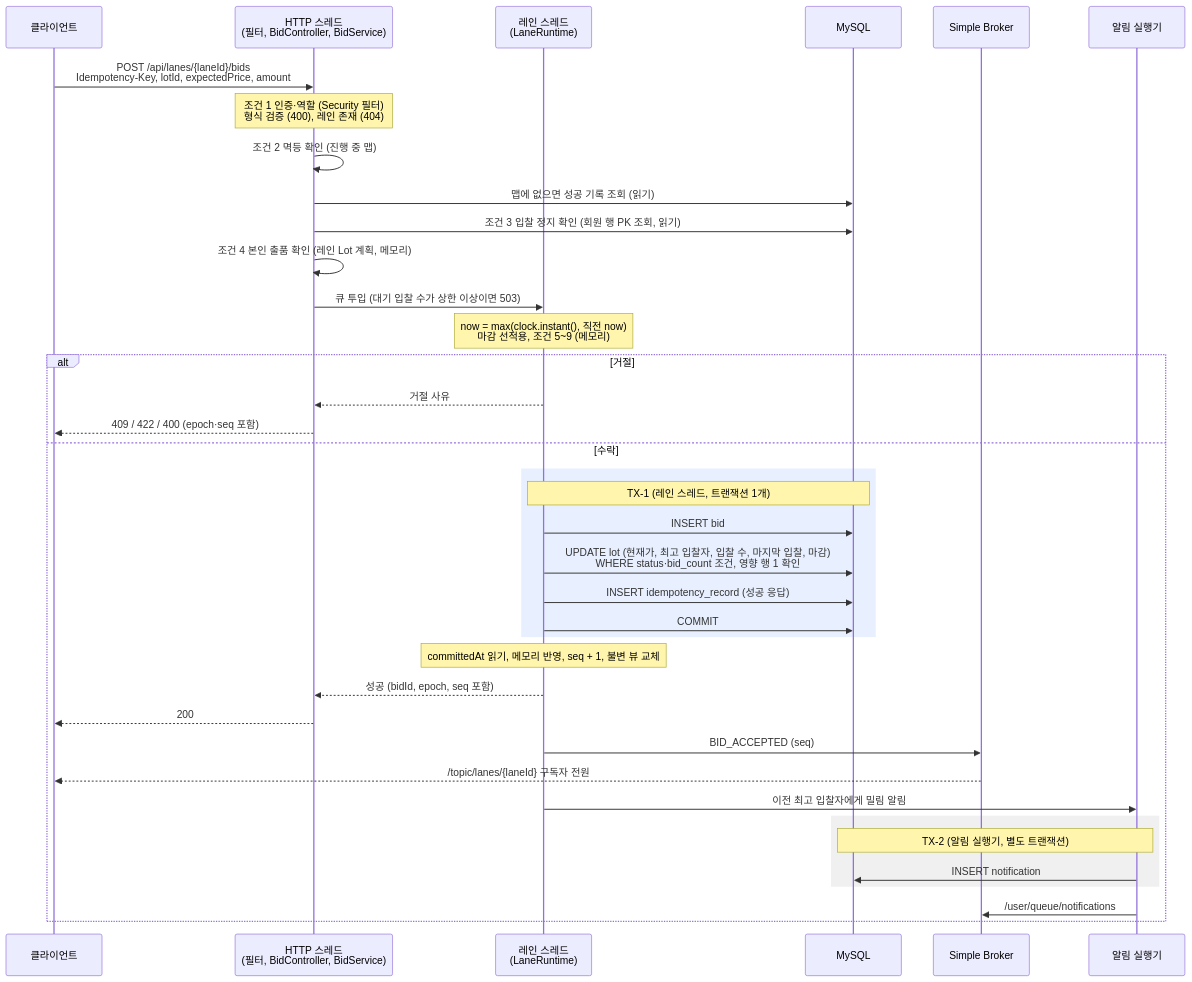
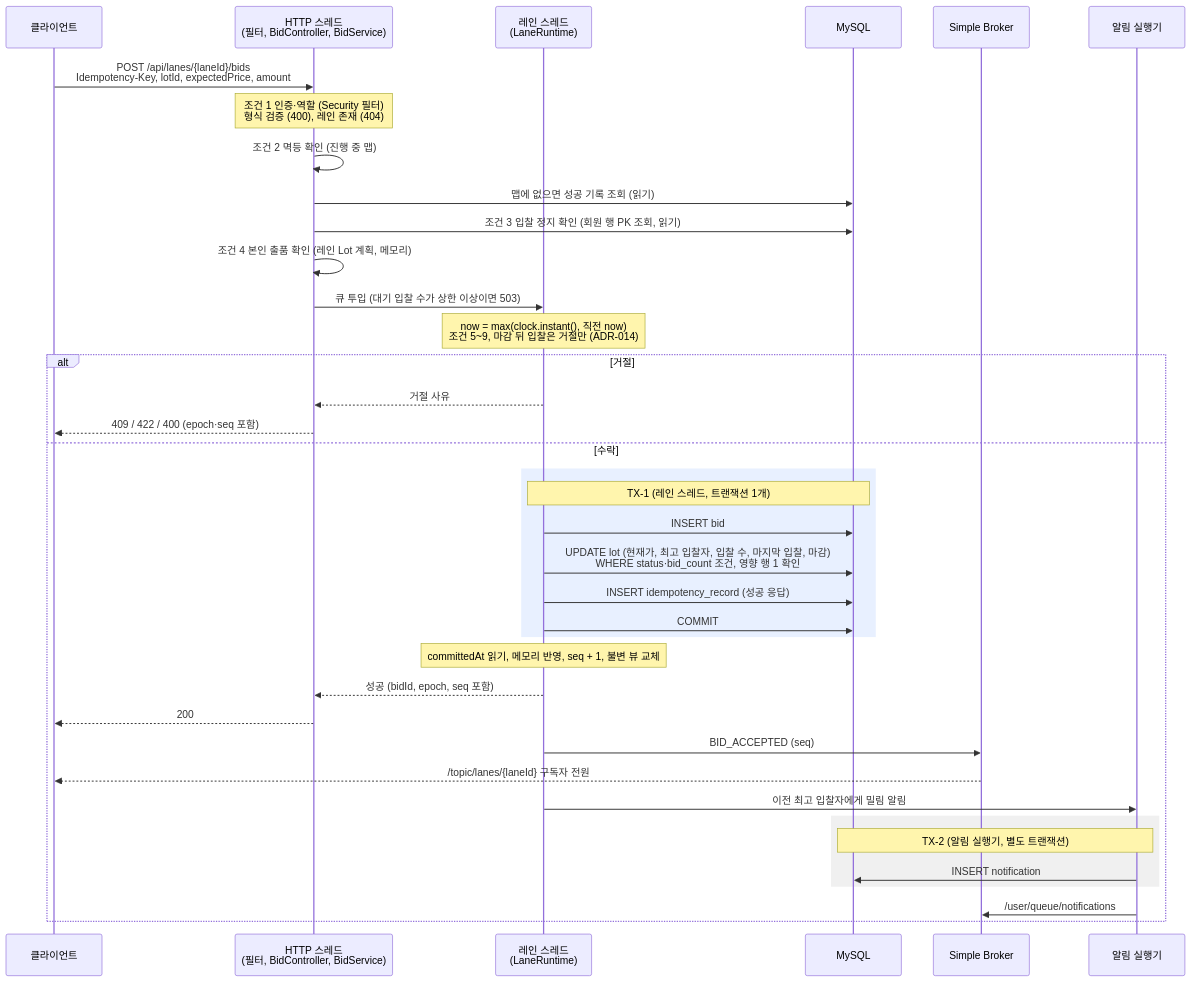
The third of 4 diagrams in docs/ARCHITECTURE.md (songstone/four-lane-auction), drawn with Mermaid before and after one commit. The commit also changed other lines of this file and 1 other file, not shown here.

````diff
--- a/docs/ARCHITECTURE.md
+++ b/docs/ARCHITECTURE.md
@@ -1124,41 +1124,41 @@
 ```mermaid
 sequenceDiagram
     participant C as 클라이언트
     participant H as HTTP 스레드<br/>(필터, BidController, BidService)
     participant L as 레인 스레드<br/>(LaneRuntime)
     participant DB as MySQL
     participant BR as Simple Broker
     participant N as 알림 실행기
 
     C->>H: POST /api/lanes/{laneId}/bids<br/>Idempotency-Key, lotId, expectedPrice, amount
     Note over H: 조건 1 인증·역할 (Security 필터)<br/>형식 검증 (400), 레인 존재 (404)
     H->>H: 조건 2 멱등 확인 (진행 중 맵)
     H->>DB: 맵에 없으면 성공 기록 조회 (읽기)
     H->>DB: 조건 3 입찰 정지 확인 (회원 행 PK 조회, 읽기)
     H->>H: 조건 4 본인 출품 확인 (레인 Lot 계획, 메모리)
     H->>L: 큐 투입 (대기 입찰 수가 상한 이상이면 503)
-    Note over L: now = max(clock.instant(), 직전 now)<br/>마감 선적용, 조건 5~9 (메모리)
+    Note over L: now = max(clock.instant(), 직전 now)<br/>조건 5~9, 마감 뒤 입찰은 거절만 (ADR-014)
     alt 거절
         L-->>H: 거절 사유
         H-->>C: 409 / 422 / 400 (epoch·seq 포함)
     else 수락
         rect rgb(232, 240, 255)
             Note over L,DB: TX-1 (레인 스레드, 트랜잭션 1개)
             L->>DB: INSERT bid
             L->>DB: UPDATE lot (현재가, 최고 입찰자, 입찰 수, 마지막 입찰, 마감)<br/>WHERE status·bid_count 조건, 영향 행 1 확인
             L->>DB: INSERT idempotency_record (성공 응답)
             L->>DB: COMMIT
         end
         Note over L: committedAt 읽기, 메모리 반영, seq + 1, 불변 뷰 교체
         L-->>H: 성공 (bidId, epoch, seq 포함)
         H-->>C: 200
         L->>BR: BID_ACCEPTED (seq)
         BR-->>C: /topic/lanes/{laneId} 구독자 전원
         L->>N: 이전 최고 입찰자에게 밀림 알림
         rect rgb(240, 240, 240)
             Note over N,DB: TX-2 (알림 실행기, 별도 트랜잭션)
             N->>DB: INSERT notification
         end
         N->>BR: /user/queue/notifications
     end
 ```
````
